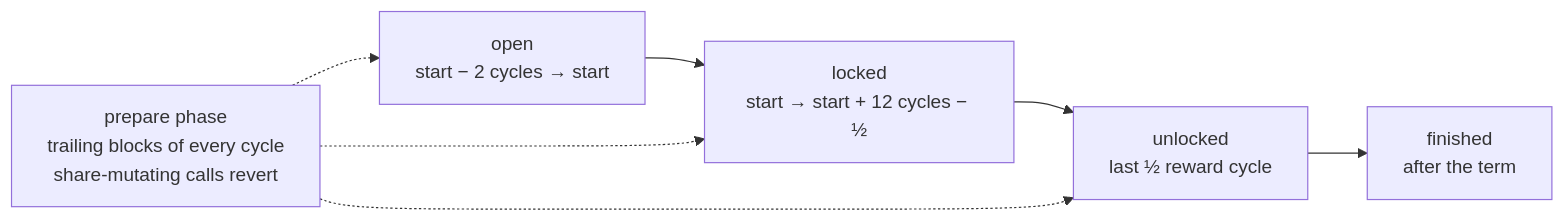
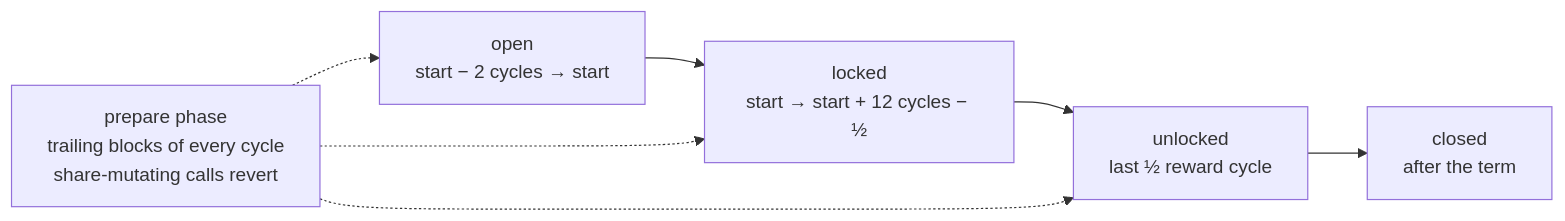
Before and after one commit to stacks-network/docs: the second of 4 diagrams in docs/pox-5/concepts.md, drawn with Mermaid. The commit also changed other lines of this file and 19 other files, not shown here.

````diff
--- a/docs/pox-5/concepts.md
+++ b/docs/pox-5/concepts.md
@@ -43,9 +43,9 @@
 ```mermaid
 flowchart LR
     O["open<br/>start − 2 cycles → start"] --> L["locked<br/>start → start + 12 cycles − ½"]
     L --> U["unlocked<br/>last ½ reward cycle"]
-    U --> C["finished<br/>after the term"]
+    U --> C["closed<br/>after the term"]
     P["prepare phase<br/>trailing blocks of every cycle<br/>share-mutating calls revert"] -.-> O
     P -.-> L
     P -.-> U
 ```
````
